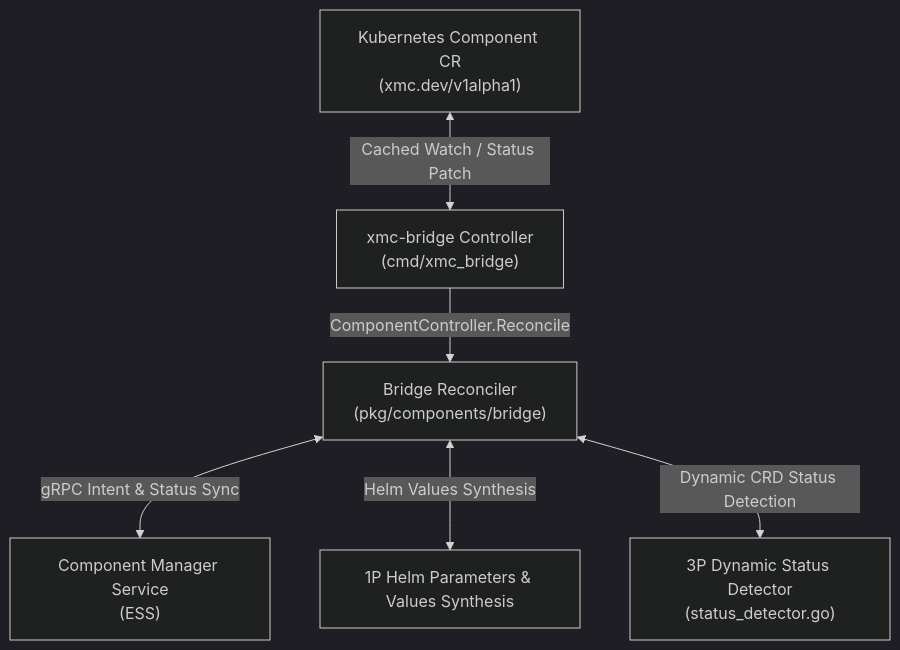
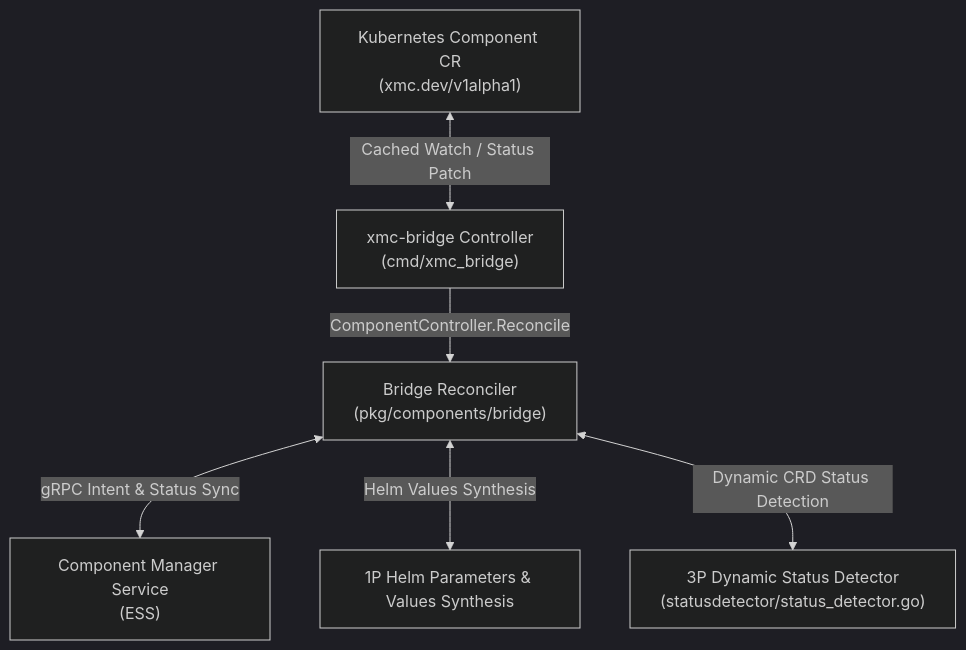
Before and after one commit to google/xmc: the diagram in pkg/components/bridge/README.md, drawn with Mermaid (dark theme). The commit also changed other lines of this file and 28 other files, not shown here.

````diff
--- a/pkg/components/bridge/README.md
+++ b/pkg/components/bridge/README.md
@@ -9,8 +9,8 @@
 ```mermaid
 graph TD
     CR["Kubernetes Component CR<br>(xmc.dev/v1alpha1)"] <-->|"Cached Watch / Status Patch"| Bridge["xmc-bridge Controller<br>(cmd/xmc_bridge)"]
     Bridge -->|"ComponentController.Reconcile"| Reconciler["Bridge Reconciler<br>(pkg/components/bridge)"]
     Reconciler <-->|"gRPC Intent & Status Sync"| CMS["Component Manager Service<br>(ESS)"]
     Reconciler <-->|"Helm Values Synthesis"| Helm["1P Helm Parameters & Values Synthesis"]
-    Reconciler <-->|"Dynamic CRD Status Detection"| Detector["3P Dynamic Status Detector<br>(status_detector.go)"]
+    Reconciler <-->|"Dynamic CRD Status Detection"| Detector["3P Dynamic Status Detector<br>(statusdetector/status_detector.go)"]
 ```
````
